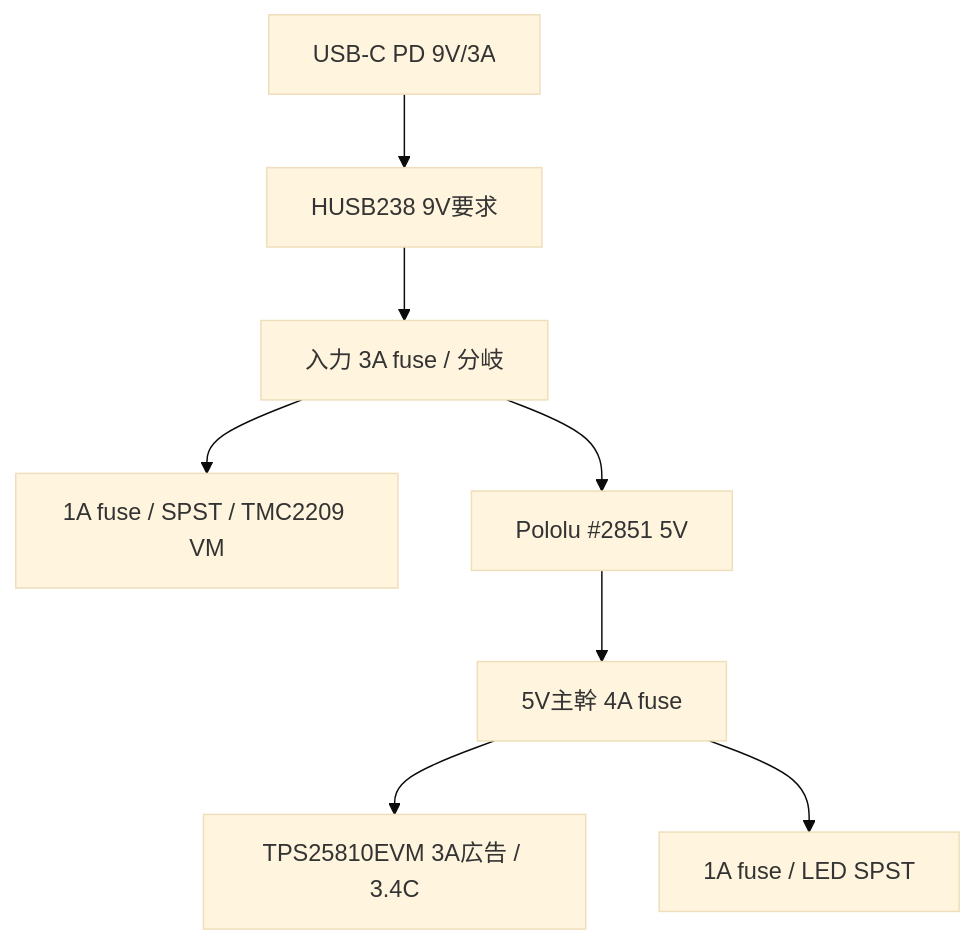
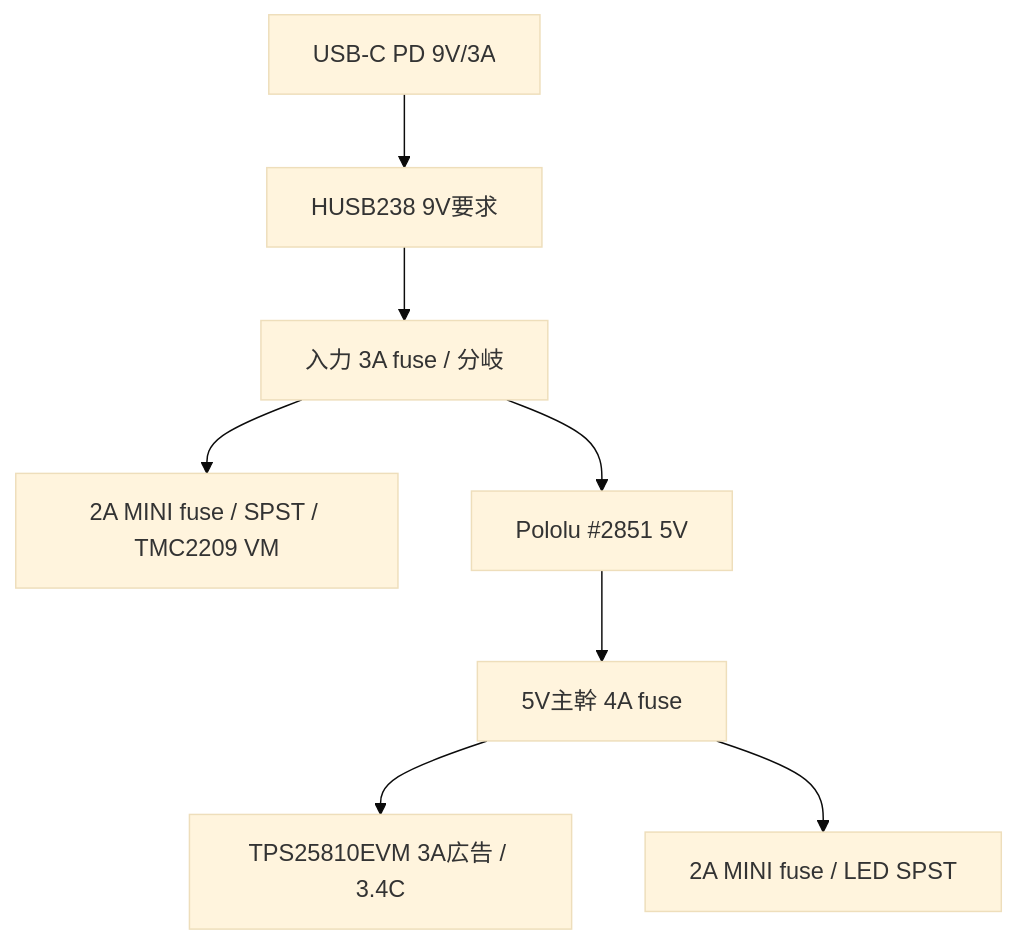
Before and after one commit to motomasa-honda/DialCanvas-SAS: the diagram in docs/04-electronics/power-and-control.md, drawn with Mermaid (base theme). The commit also changed other lines of this file and 19 other files, not shown here.

````diff
--- a/docs/04-electronics/power-and-control.md
+++ b/docs/04-electronics/power-and-control.md
@@ -7,10 +7,10 @@
 ```mermaid
 flowchart TD
   A[USB-C PD 9V/3A] --> B[HUSB238 9V要求]
   B --> C[入力 3A fuse / 分岐]
-  C --> D[1A fuse / SPST / TMC2209 VM]
+  C --> D[2A MINI fuse / SPST / TMC2209 VM]
   C --> E[Pololu #2851 5V]
   E --> F[5V主幹 4A fuse]
   F --> G[TPS25810EVM 3A広告 / 3.4C]
-  F --> H[1A fuse / LED SPST]
+  F --> H[2A MINI fuse / LED SPST]
 ```
````
